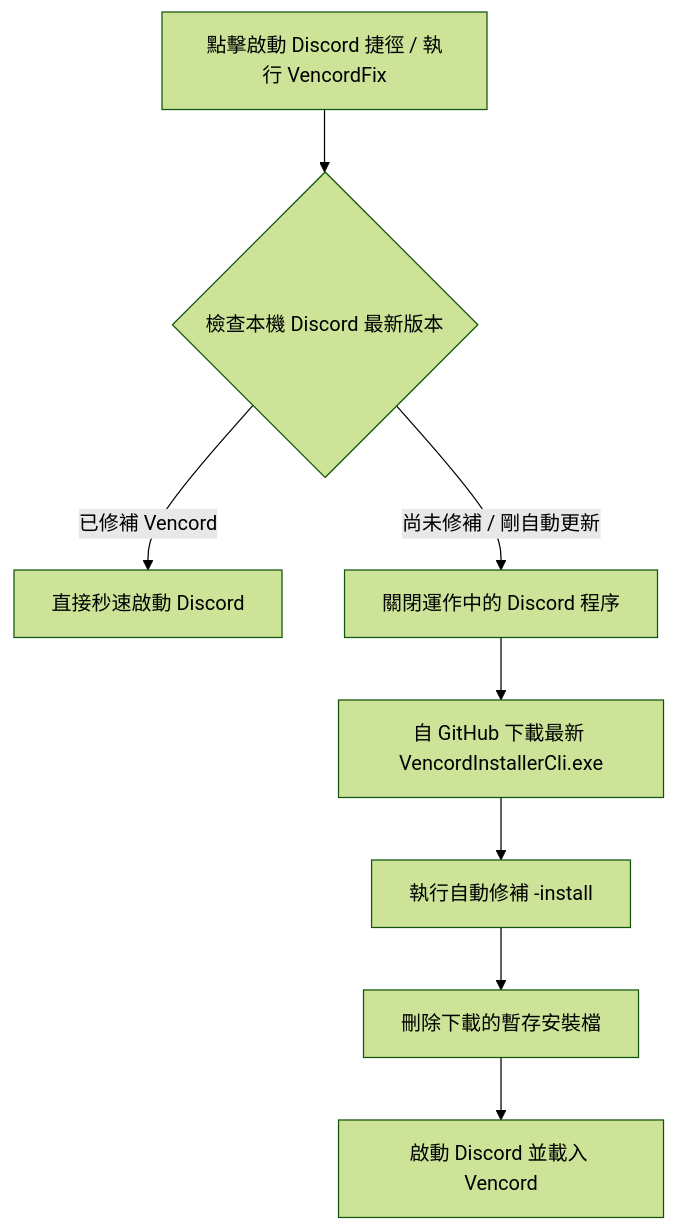
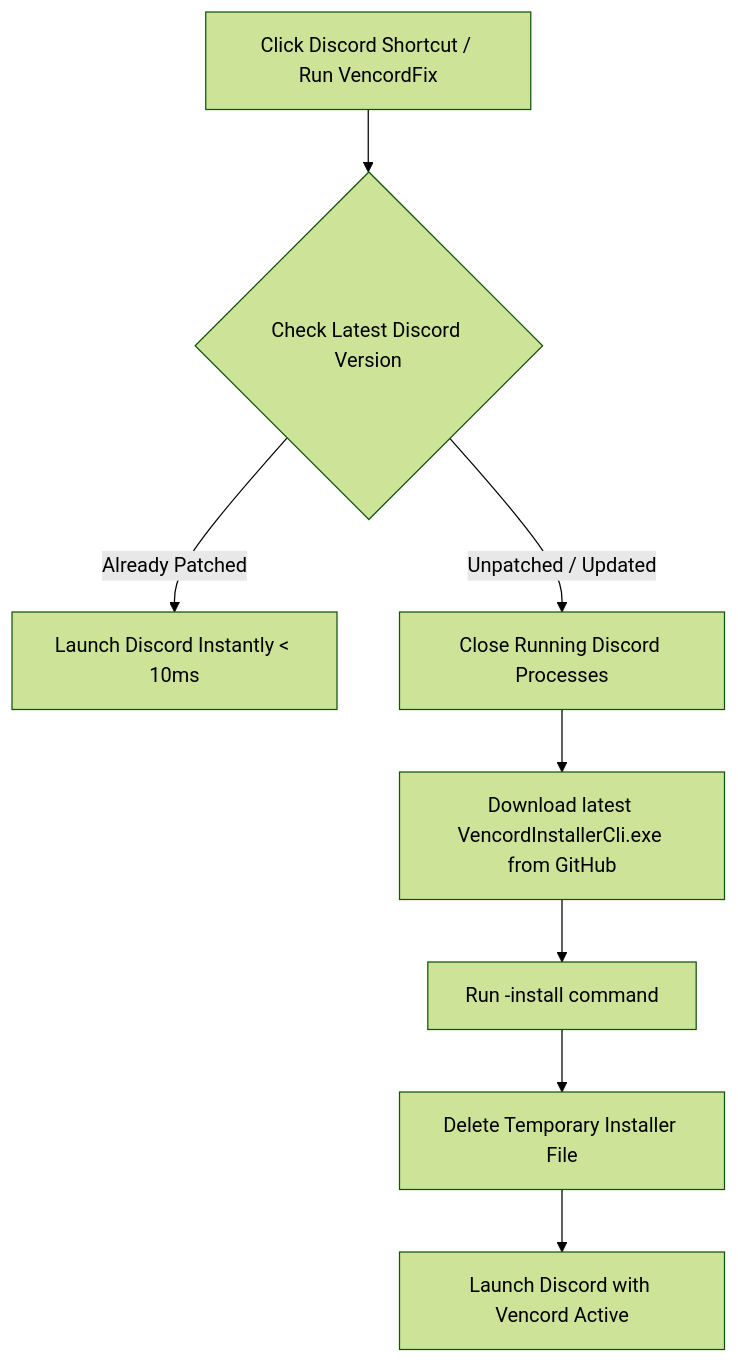
Before and after one commit to eclipse999/VencordFix: the diagram in README.md, drawn with Mermaid (forest theme). The commit also changed other lines of this file and 2 other files, not shown here.

````diff
--- a/README.md
+++ b/README.md
@@ -58,10 +62,10 @@
 ```mermaid
 graph TD
-    A[點擊啟動 Discord 捷徑 / 執行 VencordFix] --> B{檢查本機 Discord 最新版本}
-    B -->|已修補 Vencord| C[直接秒速啟動 Discord]
-    B -->|尚未修補 / 剛自動更新| D[關閉運作中的 Discord 程序]
-    D --> E[自 GitHub 下載最新 VencordInstallerCli.exe]
-    E --> F[執行自動修補 -install]
-    F --> G[刪除下載的暫存安裝檔]
-    G --> H[啟動 Discord 並載入 Vencord]
+    A[Click Discord Shortcut / Run VencordFix] --> B{Check Latest Discord Version}
+    B -->|Already Patched| C[Launch Discord Instantly < 10ms]
+    B -->|Unpatched / Updated| D[Close Running Discord Processes]
+    D --> E[Download latest VencordInstallerCli.exe from GitHub]
+    E --> F[Run -install command]
+    F --> G[Delete Temporary Installer File]
+    G --> H[Launch Discord with Vencord Active]
 ```
````
